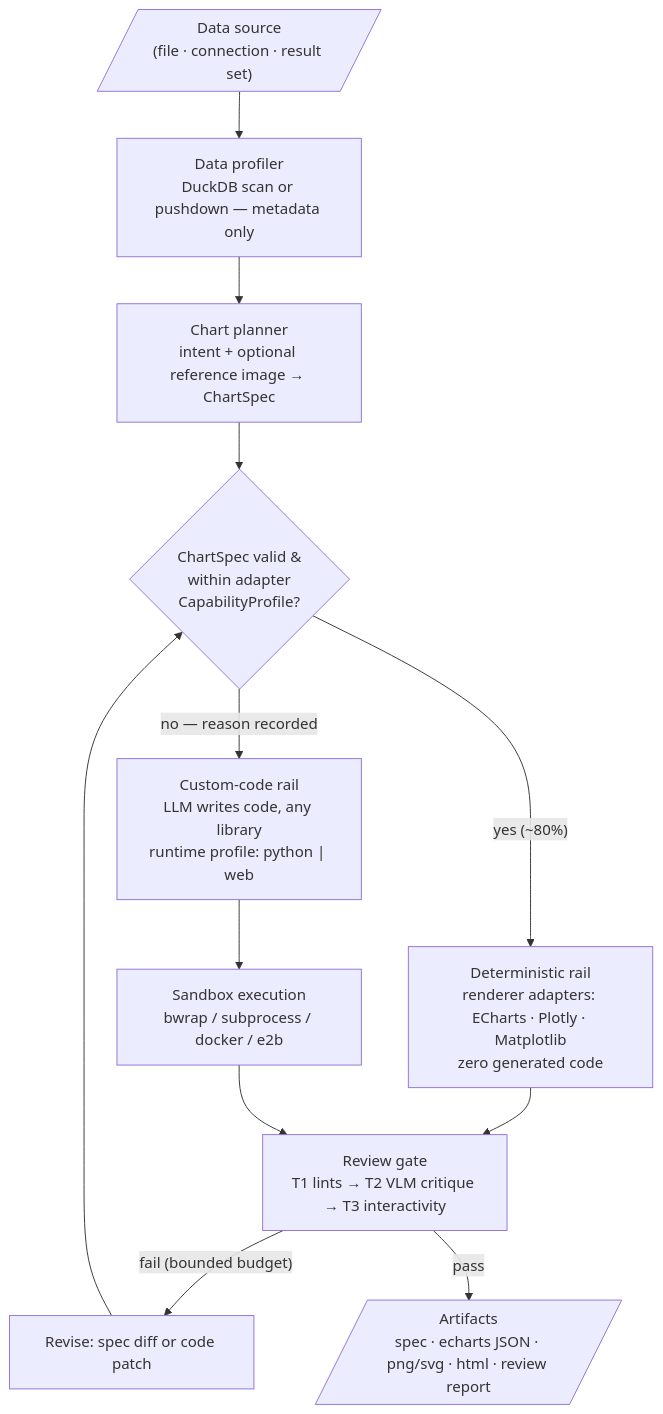
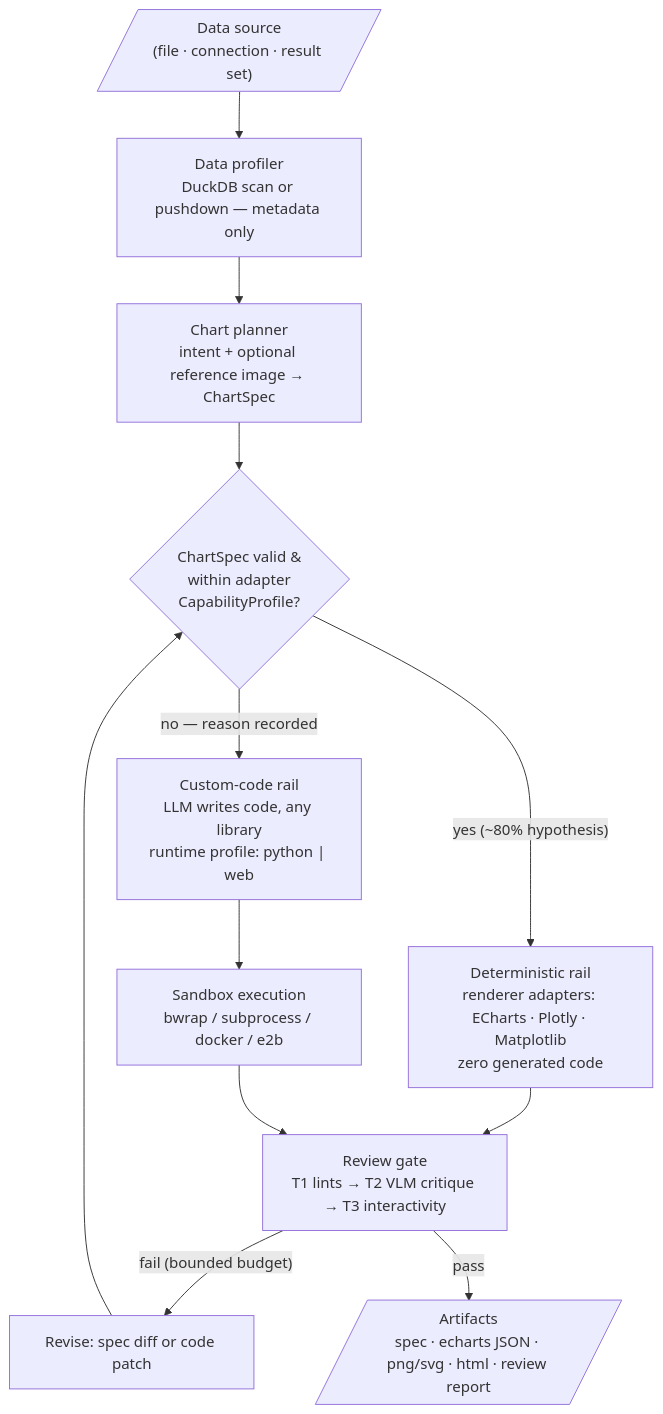
One commit to thearcscode/chartagent changed the first of 2 diagrams in chartagents-prd.md. Above: the diagram before and after it, drawn with Mermaid. The commit also changed other lines of this file, not shown here.

````diff
--- a/chartagents-prd.md
+++ b/chartagents-prd.md
@@ -115,14 +117,14 @@
 ```mermaid
 flowchart TD
     DS[/"Data source<br/>(file · connection · result set)"/] --> PROF["Data profiler<br/>DuckDB scan or pushdown — metadata only"]
     PROF --> PLAN["Chart planner<br/>intent + optional reference image → ChartSpec"]
     PLAN --> SPEC{"ChartSpec valid &<br/>within adapter<br/>CapabilityProfile?"}
-    SPEC -- "yes (~80%)" --> DET["Deterministic rail<br/>renderer adapters: ECharts · Plotly · Matplotlib<br/>zero generated code"]
+    SPEC -- "yes (~80% hypothesis)" --> DET["Deterministic rail<br/>renderer adapters: ECharts · Plotly · Matplotlib<br/>zero generated code"]
     SPEC -- "no — reason recorded" --> CUST["Custom-code rail<br/>LLM writes code, any library<br/>runtime profile: python | web"]
     CUST --> SBX["Sandbox execution<br/>bwrap / subprocess / docker / e2b"]
     DET --> GATE
     SBX --> GATE["Review gate<br/>T1 lints → T2 VLM critique → T3 interactivity"]
     GATE -- "fail (bounded budget)" --> PATCH["Revise: spec diff or code patch"]
     PATCH --> SPEC
     GATE -- pass --> OUT[/"Artifacts<br/>spec · echarts JSON · png/svg · html · review report"/]
 ```
````
